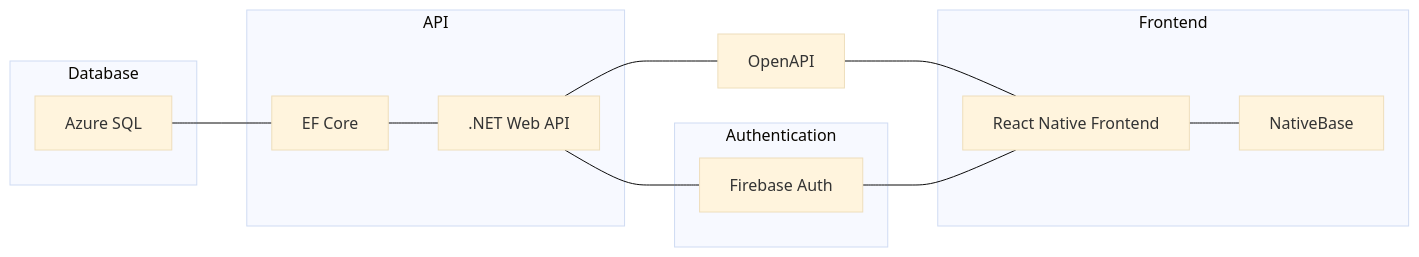
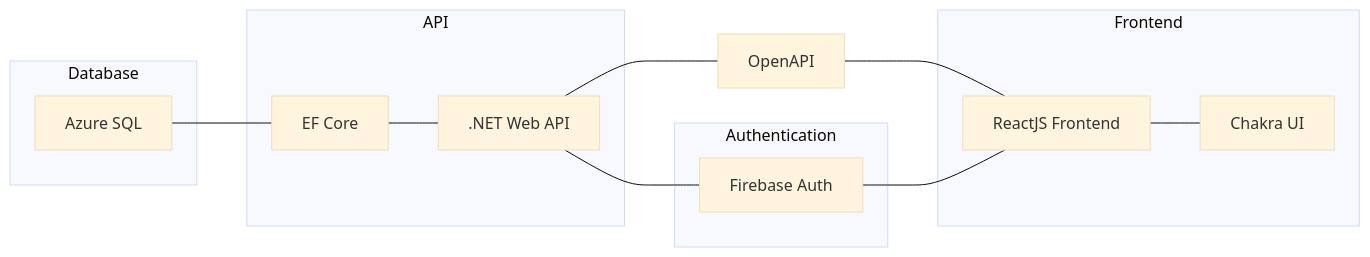
Before and after one commit to instructr-aps/.github: the diagram in profile/README.md, drawn with Mermaid (base theme).

````diff
--- a/profile/README.md
+++ b/profile/README.md
@@ -4,22 +4,22 @@
 ```mermaid
 flowchart LR
     A --- B
     C --- D[OpenAPI] --- E
     C --- G --- E    
 
     subgraph Database
     A[Azure SQL]
     end
 
     subgraph API
     B[EF Core] --- C[.NET Web API]
     end
     
     subgraph Frontend
-    E[React Native Frontend] --- F[NativeBase]
+    E[ReactJS Frontend] --- F[Chakra UI]
     end
  
     subgraph Authentication
     G[Firebase Auth]
     end
 ```
````
